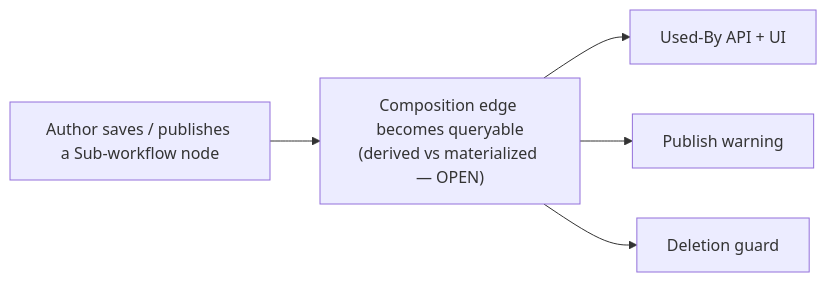
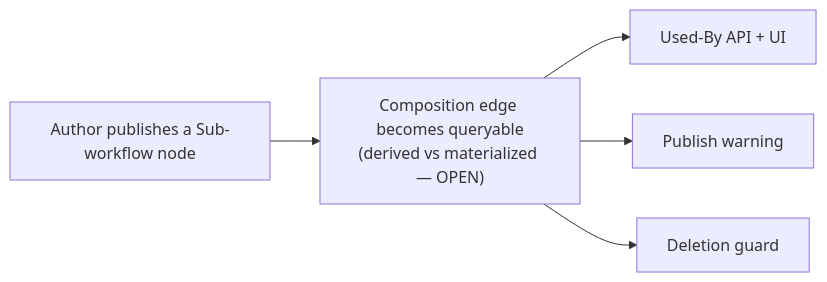
One commit to rohitthakur2590/syntara changed the fourth of 6 diagrams in backend/docs/workflow-engine/sub-workflow-node.md. Above: the diagram before and after it, drawn with Mermaid. The commit also changed other lines of this file, not shown here.

First line of the commit message:
docs(workflow-engine): reconcile Sub-workflow Node architecture with closed Product decisions

````diff
--- a/backend/docs/workflow-engine/sub-workflow-node.md
+++ b/backend/docs/workflow-engine/sub-workflow-node.md
@@ -300,7 +315,7 @@
 ```mermaid
 graph LR
-    EDIT["Author saves / publishes a Sub-workflow node"] --> Q["Composition edge becomes queryable<br/>(derived vs materialized — OPEN)"]
+    EDIT["Author publishes a Sub-workflow node"] --> Q["Composition edge becomes queryable<br/>(derived vs materialized — OPEN)"]
     Q --> USEDBY["Used-By API + UI"]
     Q --> WARN["Publish warning"]
     Q --> GUARD["Deletion guard"]
 ```
````
